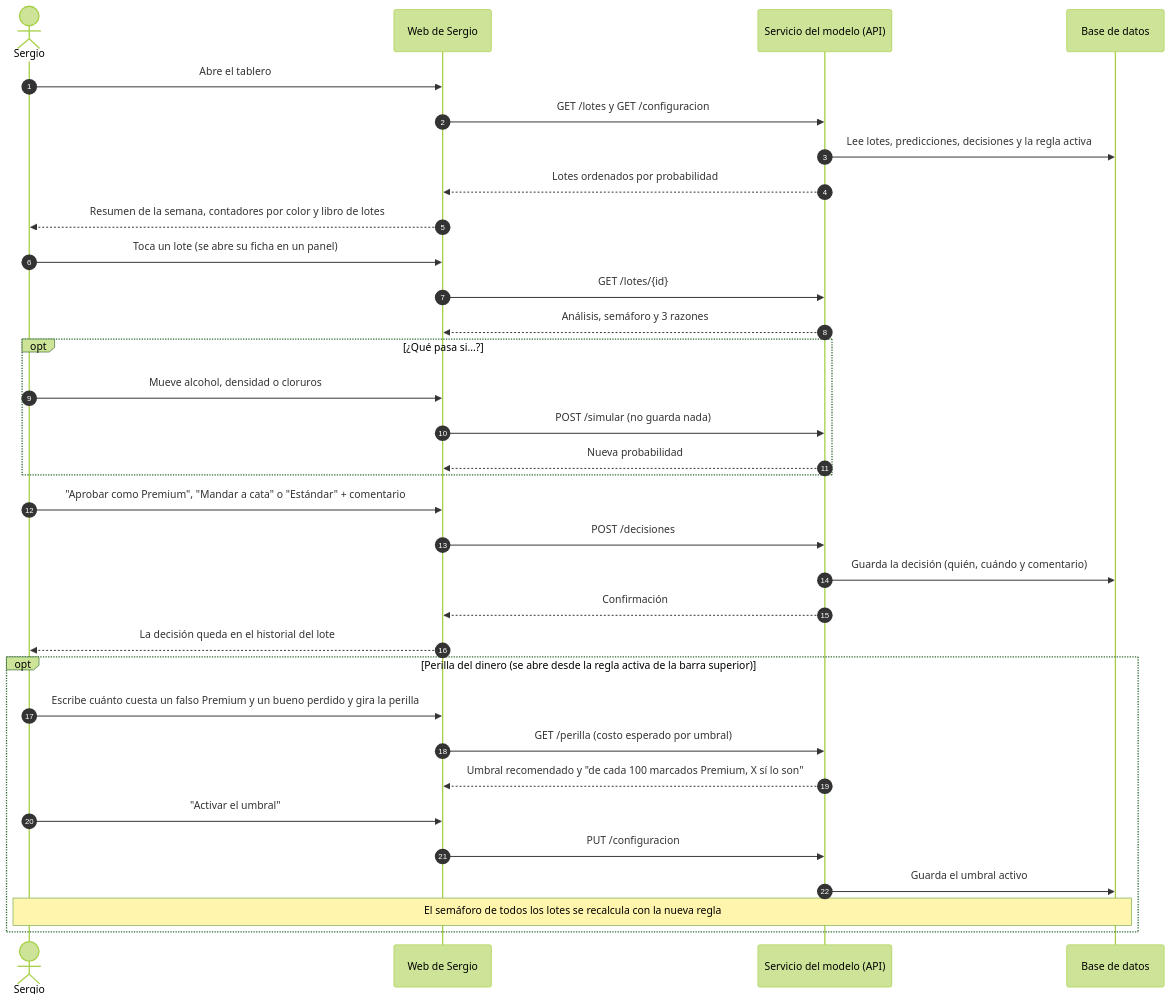
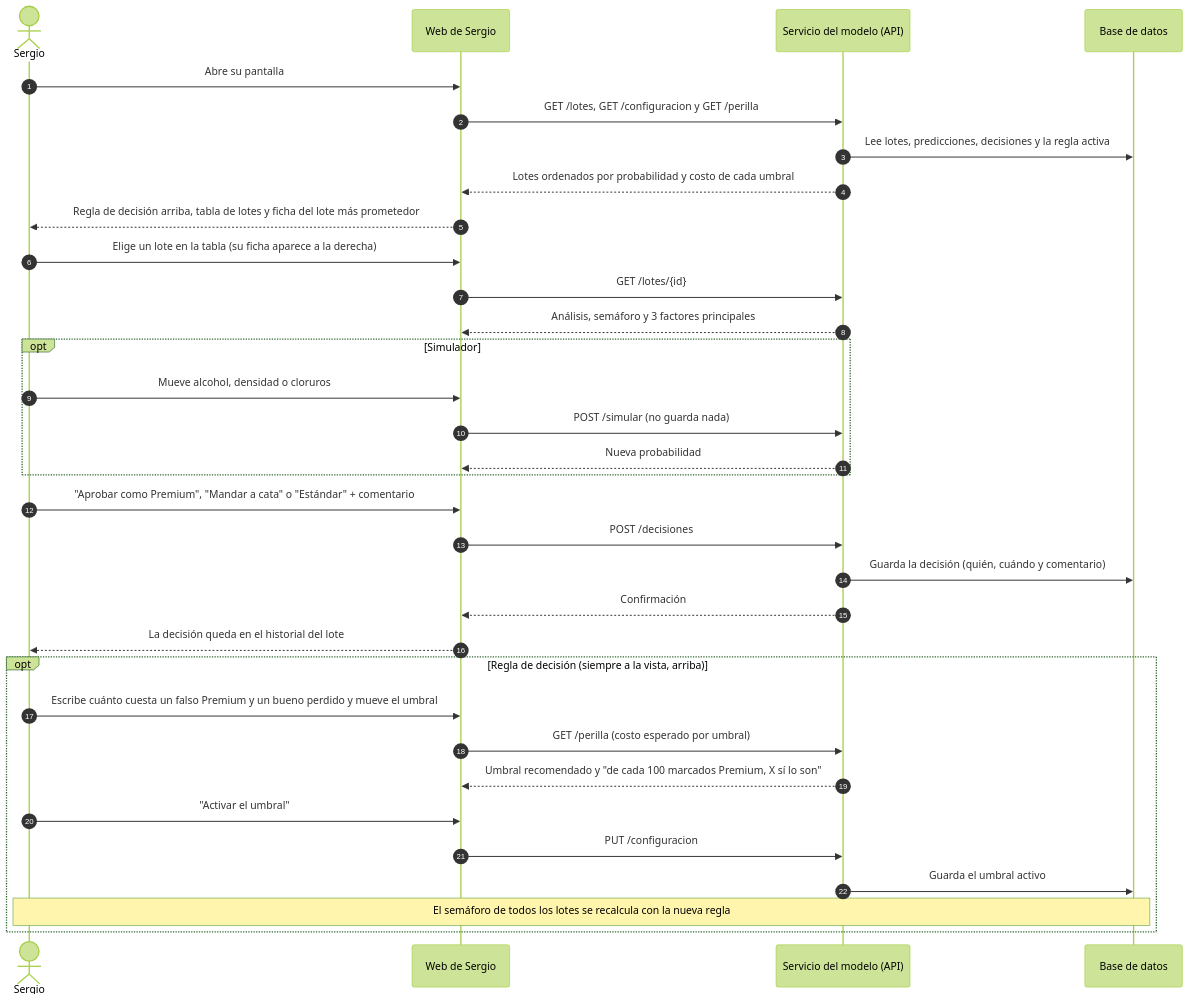
The second of 2 diagrams in docs/flujo_usuarios.md (vegarios-spec/vinoscore), drawn with Mermaid (forest theme) before and after one commit. The commit also changed other lines of this file and 13 other files, not shown here.

````diff
--- a/docs/flujo_usuarios.md
+++ b/docs/flujo_usuarios.md
@@ -40,40 +40,40 @@
 ```mermaid
 sequenceDiagram
   autonumber
   actor G as Sergio
   participant W as Web de Sergio
   participant S as Servicio del modelo (API)
   participant B as Base de datos
 
-  G->>W: Abre el tablero
-  W->>S: GET /lotes y GET /configuracion
+  G->>W: Abre su pantalla
+  W->>S: GET /lotes, GET /configuracion y GET /perilla
   S->>B: Lee lotes, predicciones, decisiones y la regla activa
-  S-->>W: Lotes ordenados por probabilidad
-  W-->>G: Resumen de la semana, contadores por color y libro de lotes
+  S-->>W: Lotes ordenados por probabilidad y costo de cada umbral
+  W-->>G: Regla de decisión arriba, tabla de lotes y ficha del lote más prometedor
 
-  G->>W: Toca un lote (se abre su ficha en un panel)
+  G->>W: Elige un lote en la tabla (su ficha aparece a la derecha)
   W->>S: GET /lotes/{id}
-  S-->>W: Análisis, semáforo y 3 razones
+  S-->>W: Análisis, semáforo y 3 factores principales
 
-  opt ¿Qué pasa si...?
+  opt Simulador
     G->>W: Mueve alcohol, densidad o cloruros
     W->>S: POST /simular (no guarda nada)
     S-->>W: Nueva probabilidad
   end
 
   G->>W: "Aprobar como Premium", "Mandar a cata" o "Estándar" + comentario
   W->>S: POST /decisiones
   S->>B: Guarda la decisión (quién, cuándo y comentario)
   S-->>W: Confirmación
   W-->>G: La decisión queda en el historial del lote
 
-  opt Perilla del dinero (se abre desde la regla activa de la barra superior)
-    G->>W: Escribe cuánto cuesta un falso Premium y un bueno perdido y gira la perilla
+  opt Regla de decisión (siempre a la vista, arriba)
+    G->>W: Escribe cuánto cuesta un falso Premium y un bueno perdido y mueve el umbral
     W->>S: GET /perilla (costo esperado por umbral)
     S-->>W: Umbral recomendado y "de cada 100 marcados Premium, X sí lo son"
     G->>W: "Activar el umbral"
     W->>S: PUT /configuracion
     S->>B: Guarda el umbral activo
     Note over G,B: El semáforo de todos los lotes se recalcula con la nueva regla
   end
 ```
````
